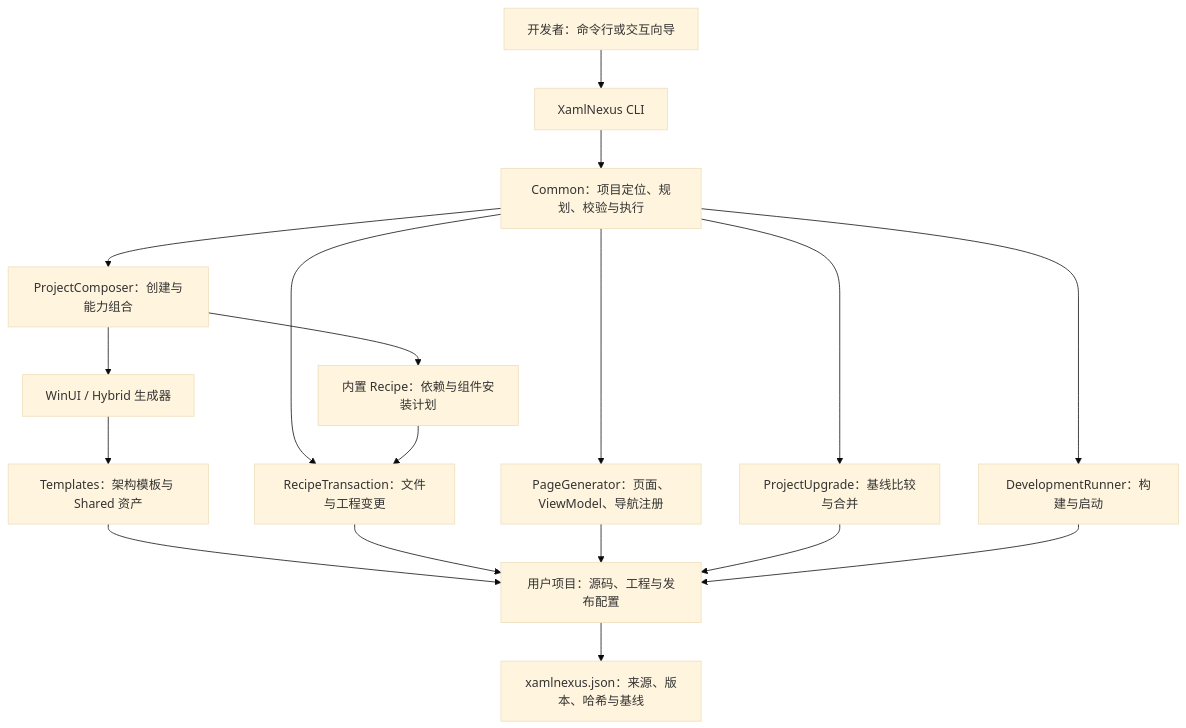
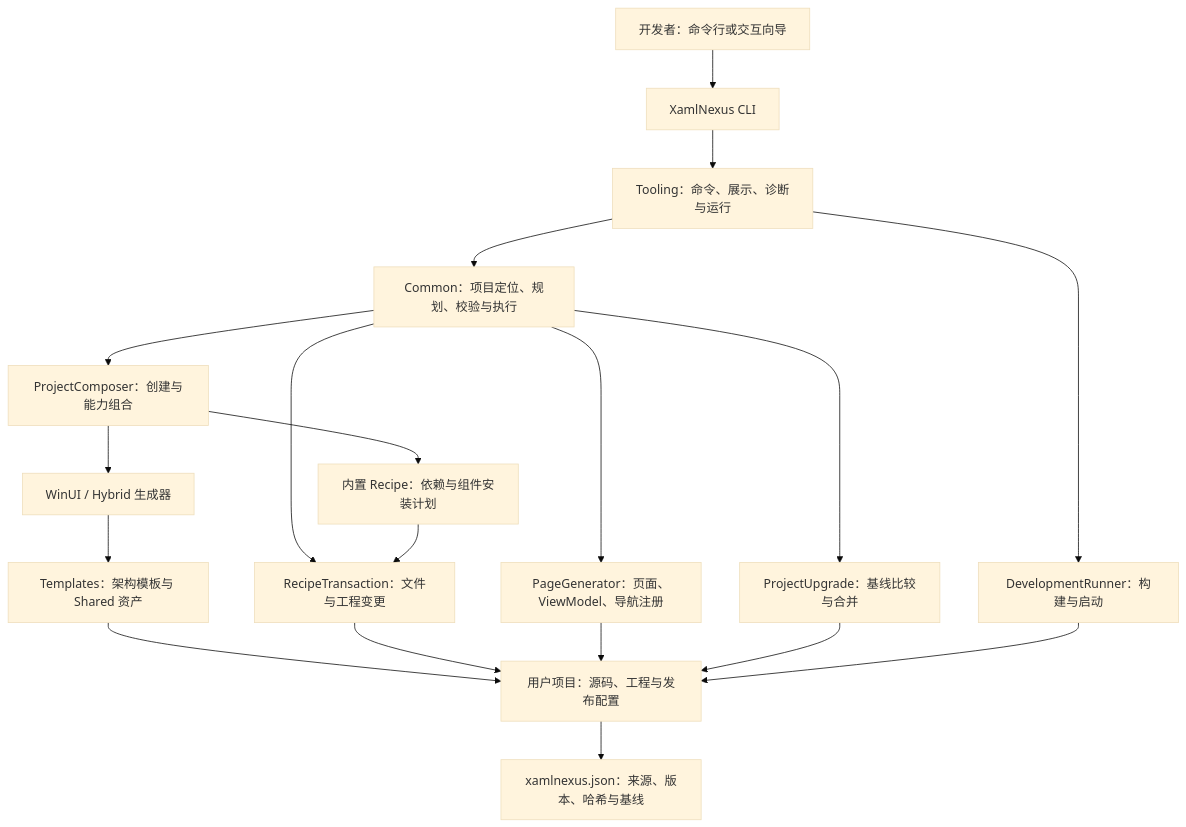
The first of 5 diagrams in docs/technical/architecture.zh-CN.md (PaperHammer/XamlNexus), drawn with Mermaid (base theme) before and after one commit. The commit also changed other lines of this file and 24 other files, not shown here.

````diff
--- a/docs/technical/architecture.zh-CN.md
+++ b/docs/technical/architecture.zh-CN.md
@@ -9,20 +9,21 @@
 ```mermaid
 flowchart TD
     Developer[开发者：命令行或交互向导] --> CLI[XamlNexus CLI]
-    CLI --> Common[Common：项目定位、规划、校验与执行]
+    CLI --> Tooling[Tooling：命令、展示、诊断与运行]
+    Tooling --> Common[Common：项目定位、规划、校验与执行]
     Common --> Composer[ProjectComposer：创建与能力组合]
     Composer --> Generators[WinUI / Hybrid 生成器]
     Generators --> Templates[Templates：架构模板与 Shared 资产]
     Composer --> Recipes[内置 Recipe：依赖与组件安装计划]
     Common --> Pages[PageGenerator：页面、ViewModel、导航注册]
     Common --> Transactions[RecipeTransaction：文件与工程变更]
     Common --> Upgrade[ProjectUpgrade：基线比较与合并]
-    Common --> Runner[DevelopmentRunner：构建与启动]
+    Tooling --> Runner[DevelopmentRunner：构建与启动]
     Templates --> App[用户项目：源码、工程与发布配置]
     Recipes --> Transactions
     Transactions --> App
     Pages --> App
     Upgrade --> App
     App --> Manifest[xamlnexus.json：来源、版本、哈希与基线]
     Runner --> App
 ```
````
